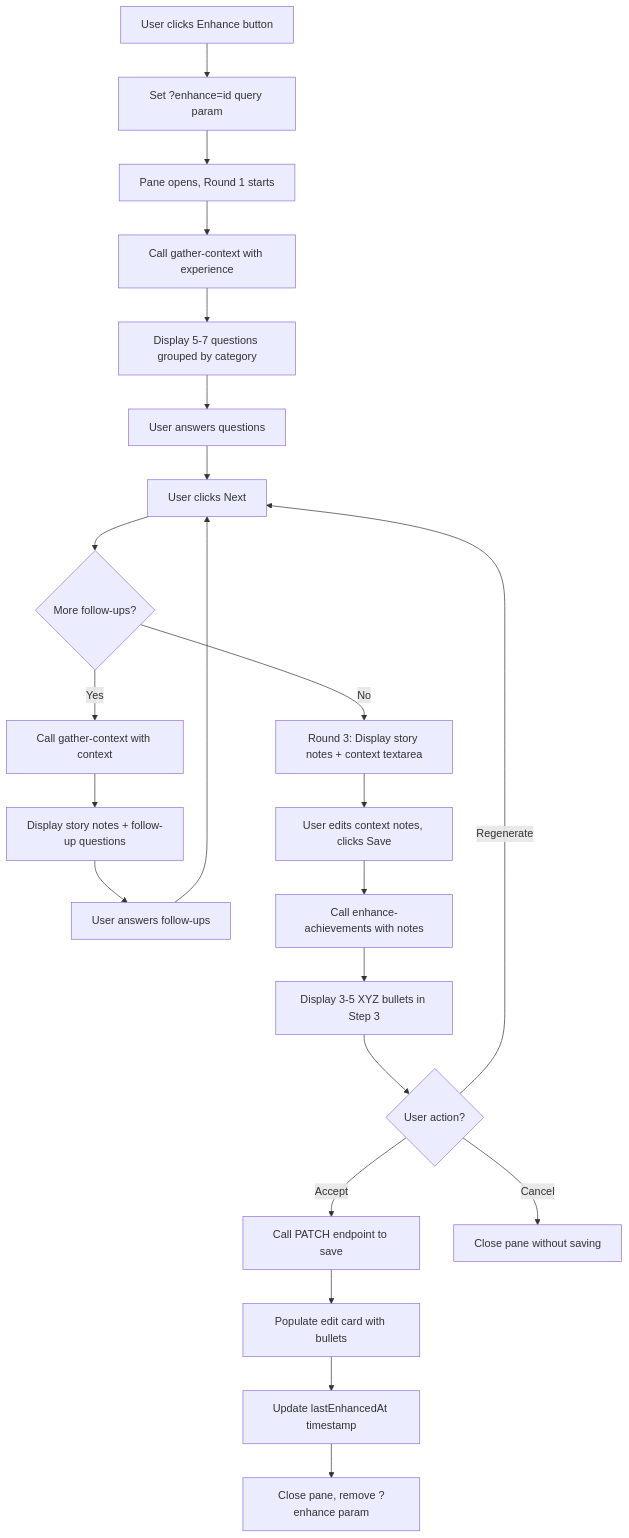
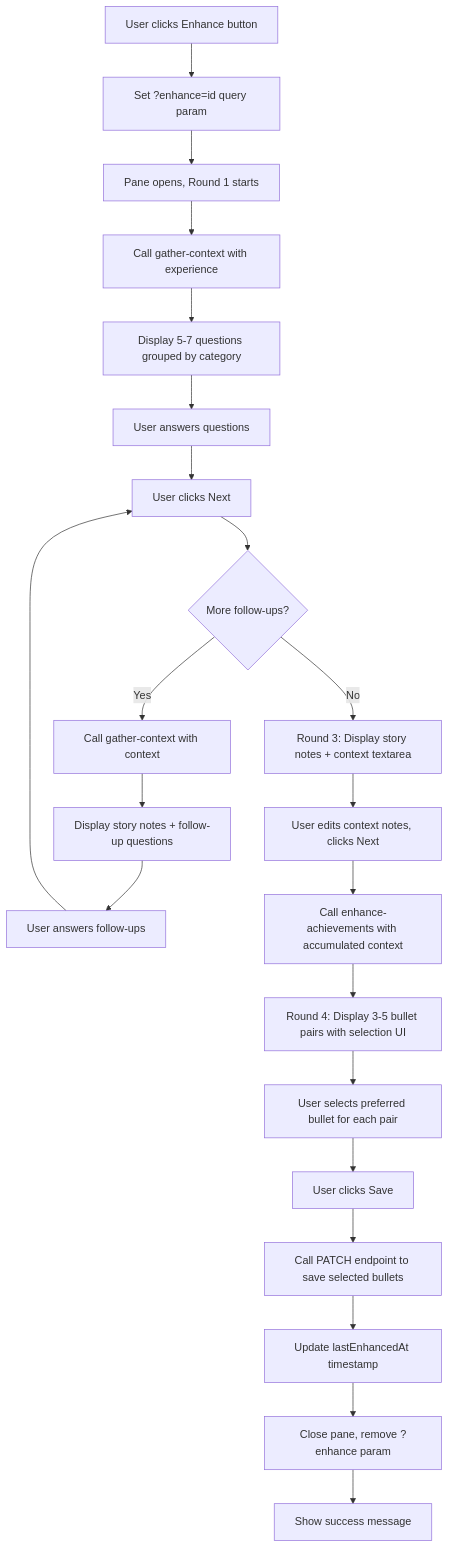
The diagram in openspec/changes/add-deep-achievement-enhancement/design.md (Career-Context-Co/jobsearchsage-web), drawn with Mermaid before and after one commit. The commit also changed other lines of this file and 10 other files, not shown here.

````diff
--- a/openspec/changes/add-deep-achievement-enhancement/design.md
+++ b/openspec/changes/add-deep-achievement-enhancement/design.md
@@ -116,25 +121,24 @@
 ```mermaid
 graph TD
     A[User clicks Enhance button] --> B[Set ?enhance=id query param]
     B --> C[Pane opens, Round 1 starts]
     C --> D[Call gather-context with experience]
     D --> E[Display 5-7 questions grouped by category]
     E --> F[User answers questions]
     F --> G[User clicks Next]
     G --> H{More follow-ups?}
     H -->|Yes| I[Call gather-context with context]
     I --> J[Display story notes + follow-up questions]
     J --> K[User answers follow-ups]
     K --> G
     H -->|No| L[Round 3: Display story notes + context textarea]
-    L --> M[User edits context notes, clicks Save]
-    M --> N[Call enhance-achievements with notes]
-    N --> O[Display 3-5 XYZ bullets in Step 3]
-    O --> P{User action?}
-    P -->|Accept| Q[Call PATCH endpoint to save]
-    Q --> R[Populate edit card with bullets]
+    L --> M[User edits context notes, clicks Next]
+    M --> N[Call enhance-achievements with accumulated context]
+    N --> O[Round 4: Display 3-5 bullet pairs with selection UI]
+    O --> P[User selects preferred bullet for each pair]
+    P --> Q[User clicks Save]
+    Q --> R[Call PATCH endpoint to save selected bullets]
     R --> S[Update lastEnhancedAt timestamp]
     S --> T[Close pane, remove ?enhance param]
-    P -->|Regenerate| G
-    P -->|Cancel| U[Close pane without saving]
+    T --> U[Show success message]
 ```
````
